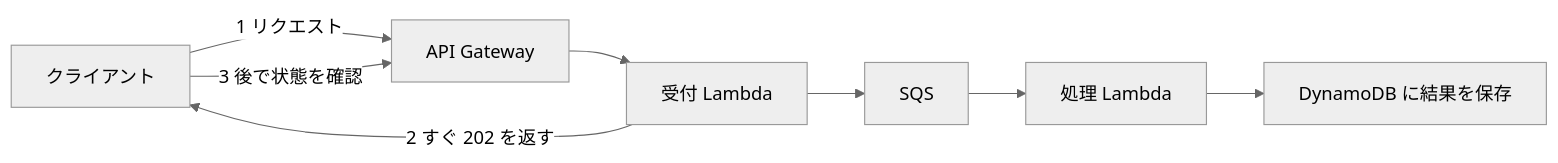
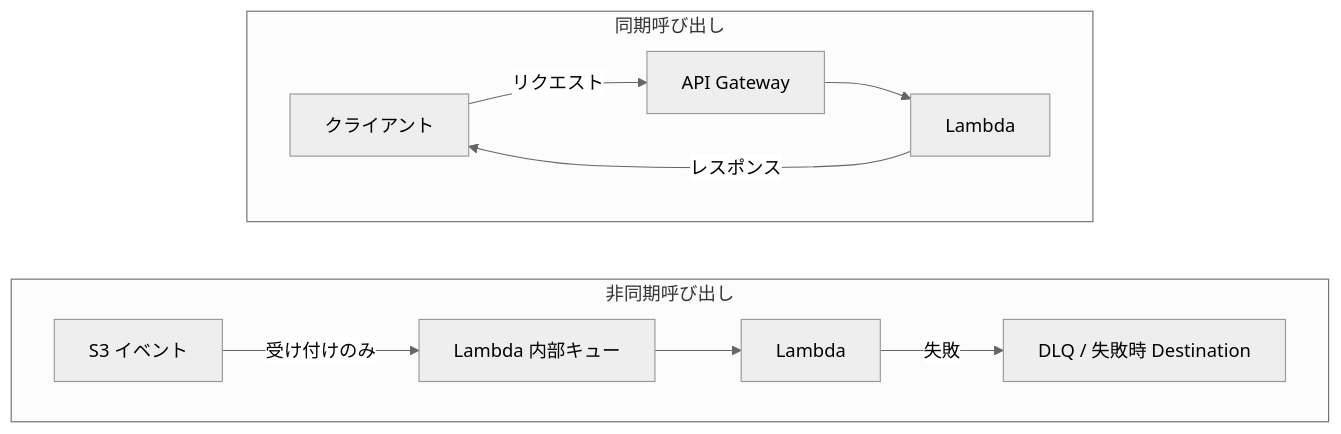
The sixth of 31 diagrams in Dva-c02-domain1-development-with-aws-services-guide.md (myoshi2891/Cloud-Infrastructure-and-Network-Studies), drawn with Mermaid (neutral theme) before and after one commit. The commit also changed other lines of this file, not shown here.

````diff
--- a/Dva-c02-domain1-development-with-aws-services-guide.md
+++ b/Dva-c02-domain1-development-with-aws-services-guide.md
@@ -319,10 +329,16 @@
 ```mermaid
-flowchart LR
-    C["クライアント"] -->|"1 リクエスト"| API["API Gateway"]
-    API --> L1["受付 Lambda"]
-    L1 --> Q["SQS"]
-    L1 -->|"2 すぐ 202 を返す"| C
-    Q --> L2["処理 Lambda"]
-    L2 --> DB["DynamoDB に結果を保存"]
-    C -->|"3 後で状態を確認"| API
+flowchart TB
+    subgraph SYNC["同期呼び出し"]
+        direction LR
+        C1["クライアント"] -->|"リクエスト"| AG["API Gateway"]
+        AG --> LF1["Lambda"]
+        LF1 -->|"レスポンス"| C1
+    end
+    subgraph ASYNC["非同期呼び出し"]
+        direction LR
+        S3["S3 イベント"] -->|"受け付けのみ"| LQ["Lambda 内部キュー"]
+        LQ --> LF2["Lambda"]
+        LF2 -->|"失敗"| DLQ["DLQ / 失敗時 Destination"]
+    end
+    SYNC ~~~ ASYNC
 ```
````
